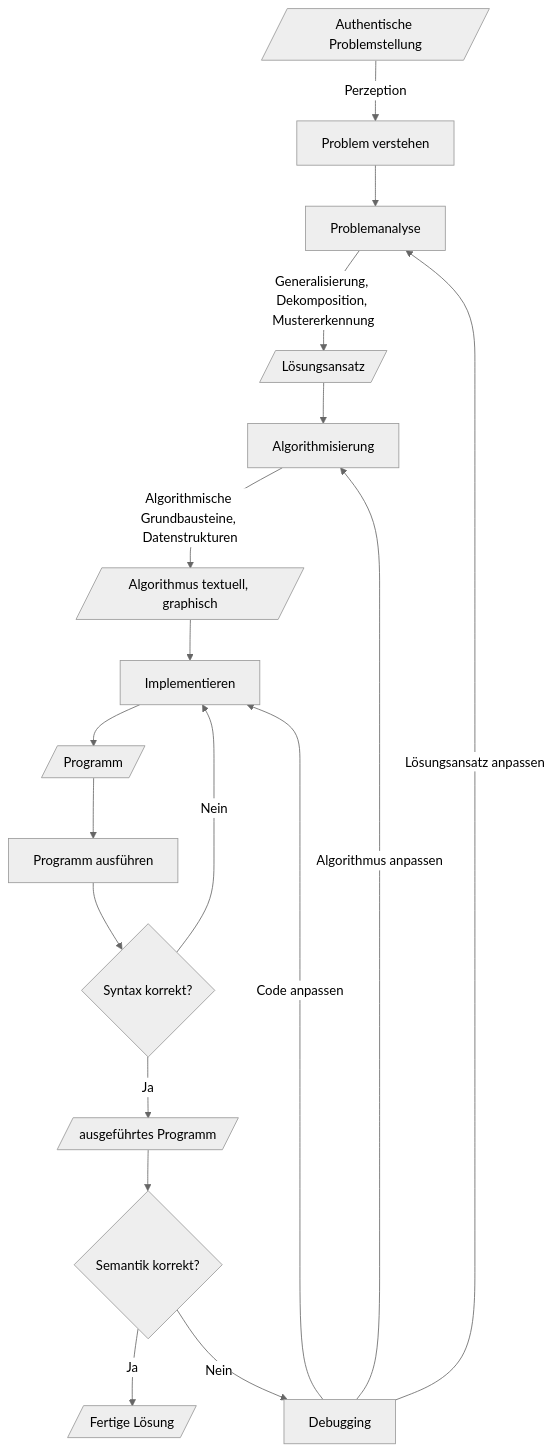
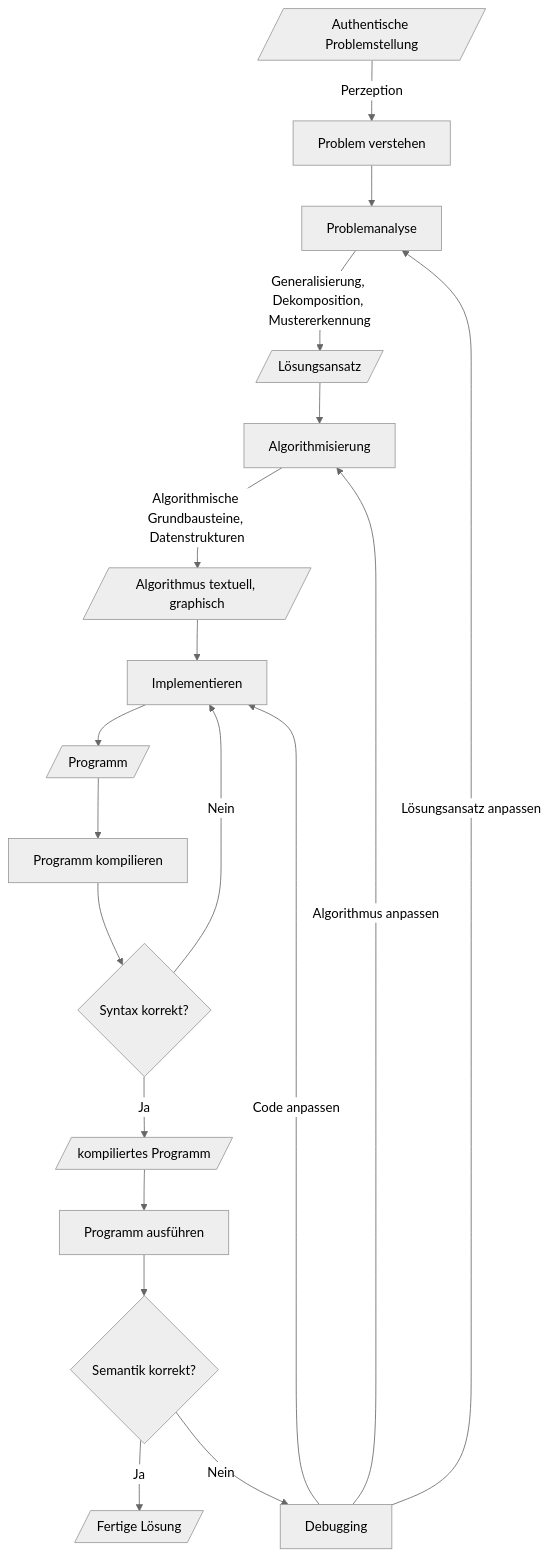
The diagram in README.md (clander/voprogrammieren), drawn with Mermaid (neutral theme) before and after one commit.

Commit message:
Flussidagramm angepasst

````diff
--- a/README.md
+++ b/README.md
@@ -227,20 +227,21 @@
 ```mermaid
 flowchart TD
     A[/Authentische Problemstellung/] 
     --> |Perzeption|B[Problem verstehen] 
     --> C[Problemanalyse] 
     --> |Generalisierung, Dekomposition, Mustererkennung|D[/Lösungsansatz/] 
     --> E[Algorithmisierung] 
     --> |Algorithmische Grundbausteine, Datenstrukturen| F[/Algorithmus textuell, graphisch/] 
     --> G[Implementieren] 
     --> H[/Programm/]
-    --> I[Programm ausführen] 
+    --> I[Programm kompilieren] 
     --> J{Syntax korrekt?}
     --> |Nein| G
-    J -->|Ja| K[/ausgeführtes Programm/] 
-    --> L{Semantik korrekt?} 
-    -->|Ja| N[/Fertige Lösung/]
-    L --> |Nein| M[Debugging]-->|Code anpassen|G
+    J -->|Ja| K[/kompiliertes Programm/] 
+    K --> L[Programm ausführen]
+    --> N{Semantik korrekt?} 
+    -->|Ja| O[/Fertige Lösung/]
+    N --> |Nein| M[Debugging]-->|Code anpassen|G
     M -->|Lösungsansatz anpassen|C
     M --> |Algorithmus anpassen|E
 ```
````
